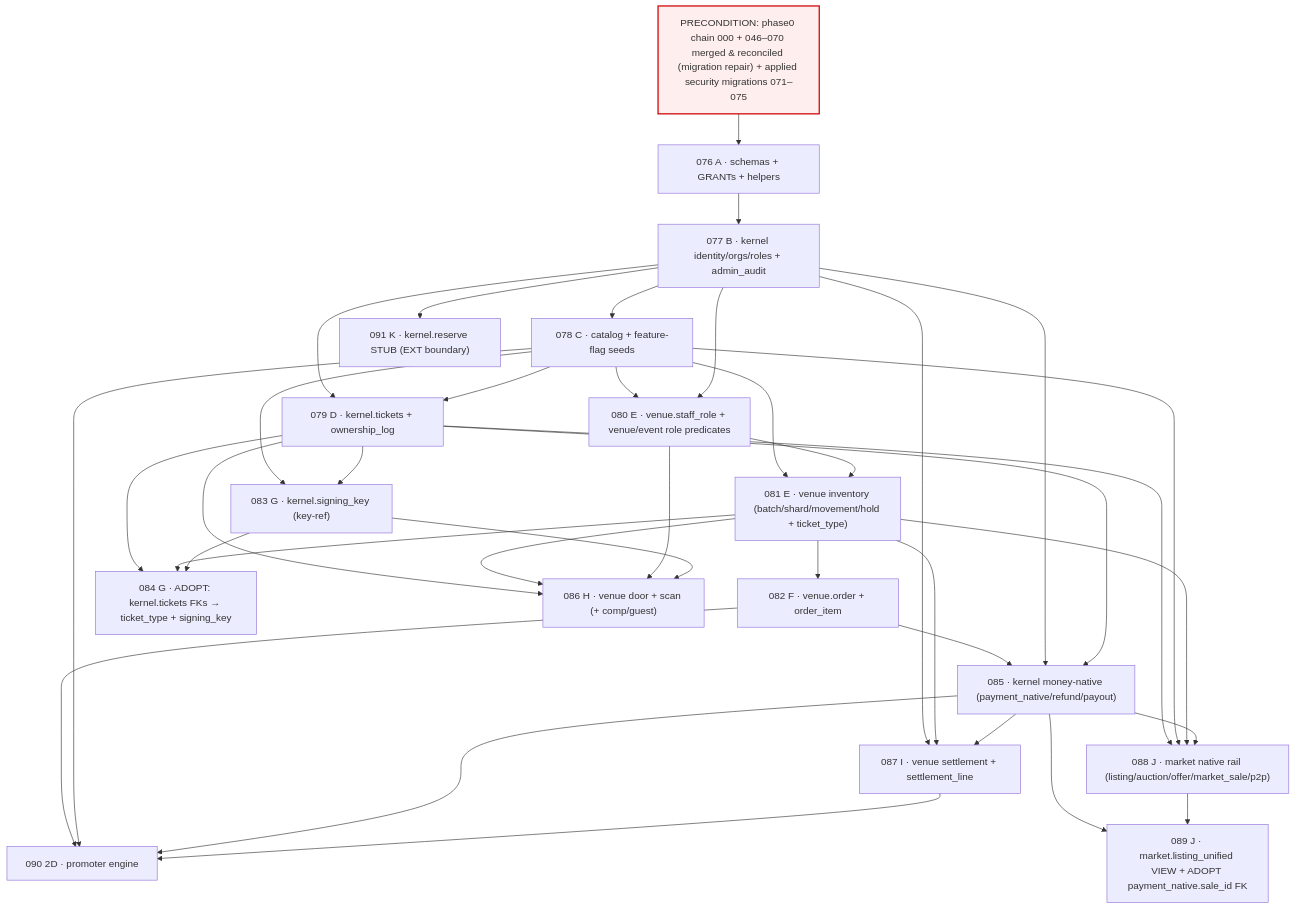
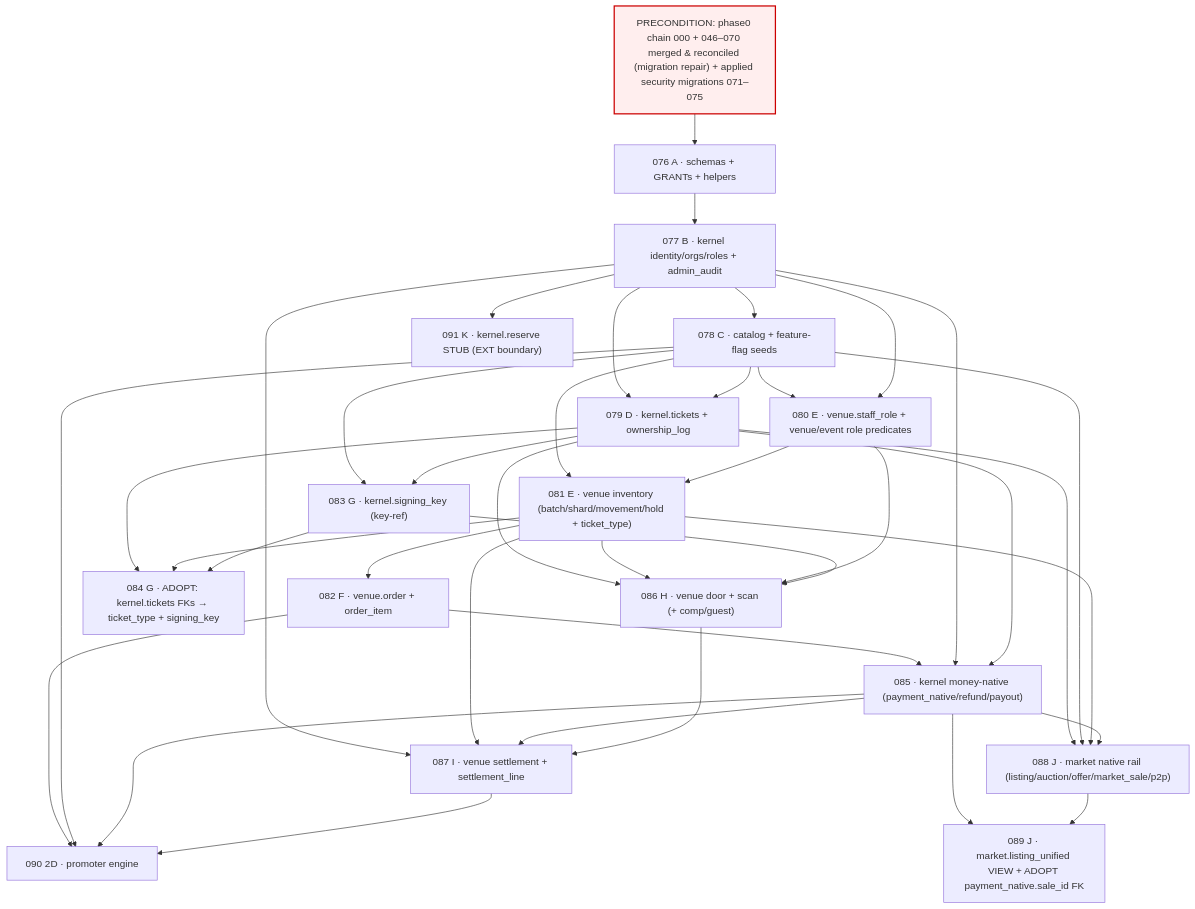
Before and after one commit to SnatchIt-app/snatchit: the diagram in docs/architecture/PHASE_2_SUPABASE_MIGRATION_PLAN.md, drawn with Mermaid. The commit also changed other lines of this file and 1 other file, not shown here.

````diff
--- a/docs/architecture/PHASE_2_SUPABASE_MIGRATION_PLAN.md
+++ b/docs/architecture/PHASE_2_SUPABASE_MIGRATION_PLAN.md
@@ -242,57 +242,58 @@
 ```mermaid
 graph TD
     P0["PRECONDITION: phase0 chain 000 + 046–070 merged & reconciled (migration repair) + applied security migrations 071–075"]:::pre
 
     A076["076 A · schemas + GRANTs + helpers"]
     B077["077 B · kernel identity/orgs/roles + admin_audit"]
     C078["078 C · catalog + feature-flag seeds"]
     D079["079 D · kernel.tickets + ownership_log"]
     E080["080 E · venue.staff_role + venue/event role predicates"]
     E081["081 E · venue inventory (batch/shard/movement/hold + ticket_type)"]
     F082["082 F · venue.order + order_item"]
     G083["083 G · kernel.signing_key (key-ref)"]
     G084["084 G · ADOPT: kernel.tickets FKs → ticket_type + signing_key"]
     M085["085 · kernel money-native (payment_native/refund/payout)"]
     H086["086 H · venue door + scan (+ comp/guest)"]
     I087["087 I · venue settlement + settlement_line"]
     J088["088 J · market native rail (listing/auction/offer/market_sale/p2p)"]
     J089["089 J · market.listing_unified VIEW + ADOPT payment_native.sale_id FK"]
     D090["090 2D · promoter engine"]
     K091["091 K · kernel.reserve STUB (EXT boundary)"]
 
     P0 --> A076 --> B077 --> C078
     B077 --> D079
     C078 --> D079
     C078 --> E080
     B077 --> E080
     C078 --> E081
     E080 --> E081
     E081 --> F082
     C078 --> G083
     D079 --> G083
     D079 --> G084
     E081 --> G084
     G083 --> G084
     F082 --> M085
     B077 --> M085
     D079 --> M085
     D079 --> H086
     E081 --> H086
     E080 --> H086
     G083 --> H086
     B077 --> I087
     E081 --> I087
     M085 --> I087
+    H086 --> I087
     D079 --> J088
     C078 --> J088
     E081 --> J088
     M085 --> J088
     M085 --> J089
     J088 --> J089
     F082 --> D090
     C078 --> D090
     M085 --> D090
     I087 --> D090
     B077 --> K091
     classDef pre fill:#fee,stroke:#c00,stroke-width:2px;
 ```
````
